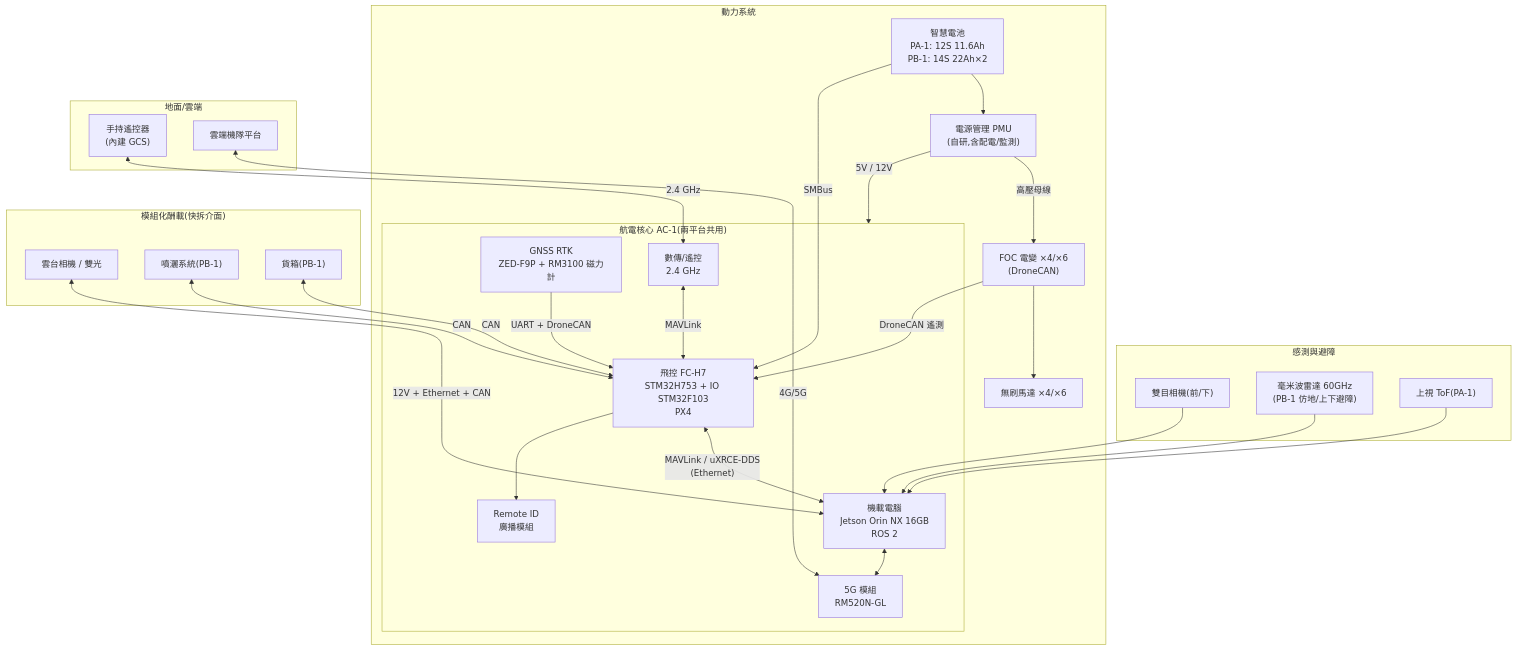
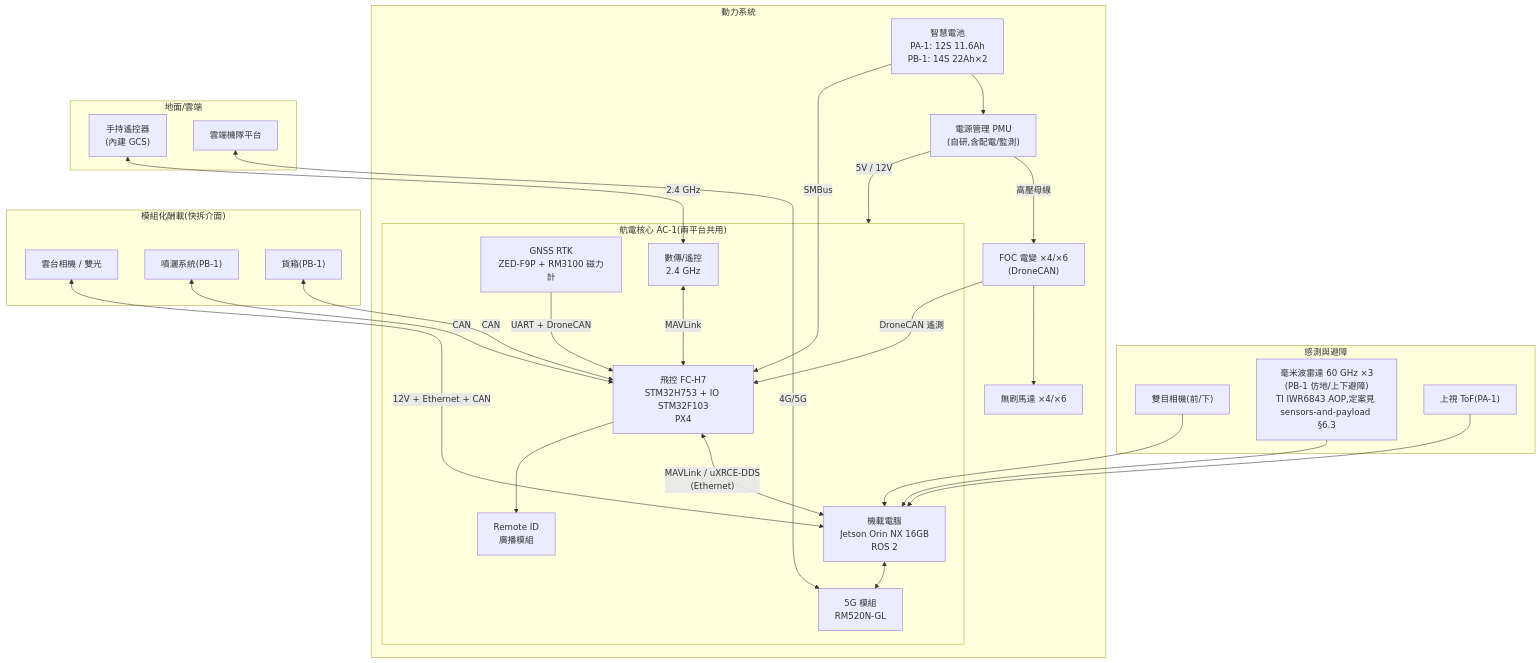
One commit to x812033727/drone changed the first of 2 diagrams in docs/10-hardware/system-architecture.md. Above: the diagram before and after it, drawn with Mermaid. The commit also changed other lines of this file and 20 other files, not shown here.

````diff
--- a/docs/10-hardware/system-architecture.md
+++ b/docs/10-hardware/system-architecture.md
@@ -9,54 +9,54 @@
 ```mermaid
 flowchart TB
     subgraph AVIONICS["航電核心 AC-1(兩平台共用)"]
         FC["飛控 FC-H7<br/>STM32H753 + IO STM32F103<br/>PX4"]
         CC["機載電腦<br/>Jetson Orin NX 16GB<br/>ROS 2"]
         GNSS["GNSS RTK<br/>ZED-F9P + RM3100 磁力計"]
         RADIO["數傳/遙控<br/>2.4 GHz"]
         LTE["5G 模組<br/>RM520N-GL"]
         RID["Remote ID<br/>廣播模組"]
         FC <-->|"MAVLink / uXRCE-DDS<br/>(Ethernet)"| CC
         GNSS -->|UART + DroneCAN| FC
         RADIO <-->|MAVLink| FC
         CC <--> LTE
         FC --> RID
     end
 
     subgraph SENSORS["感測與避障"]
         STEREO["雙目相機(前/下)"]
-        RADAR["毫米波雷達 60GHz<br/>(PB-1 仿地/上下避障)"]
+        RADAR["毫米波雷達 60 GHz ×3<br/>(PB-1 仿地/上下避障)<br/>TI IWR6843 AOP,定案見 sensors-and-payload §6.3"]
         TOF["上視 ToF(PA-1)"]
         STEREO --> CC
         RADAR --> CC
         TOF --> CC
     end
 
     subgraph POWER["動力系統"]
         BATT["智慧電池<br/>PA-1: 12S 11.6Ah<br/>PB-1: 14S 22Ah×2"]
         PMU["電源管理 PMU<br/>(自研,含配電/監測)"]
         ESC["FOC 電變 ×4/×6<br/>(DroneCAN)"]
         MOTOR["無刷馬達 ×4/×6"]
         BATT --> PMU
         PMU -->|高壓母線| ESC
         ESC --> MOTOR
         PMU -->|"5V / 12V"| AVIONICS
         ESC -->|DroneCAN 遙測| FC
         BATT -->|SMBus| FC
     end
 
     subgraph PAYLOAD["模組化酬載(快拆介面)"]
         GIMBAL["雲台相機 / 雙光"]
         SPRAY["噴灑系統(PB-1)"]
         CARGO["貨箱(PB-1)"]
         GIMBAL <-->|"12V + Ethernet + CAN"| CC
         SPRAY <-->|CAN| FC
         CARGO <-->|CAN| FC
     end
 
     subgraph GROUND["地面/雲端"]
         RC["手持遙控器<br/>(內建 GCS)"]
         CLOUD["雲端機隊平台"]
         RC <-->|2.4 GHz| RADIO
         CLOUD <-->|"4G/5G"| LTE
     end
 ```
````
